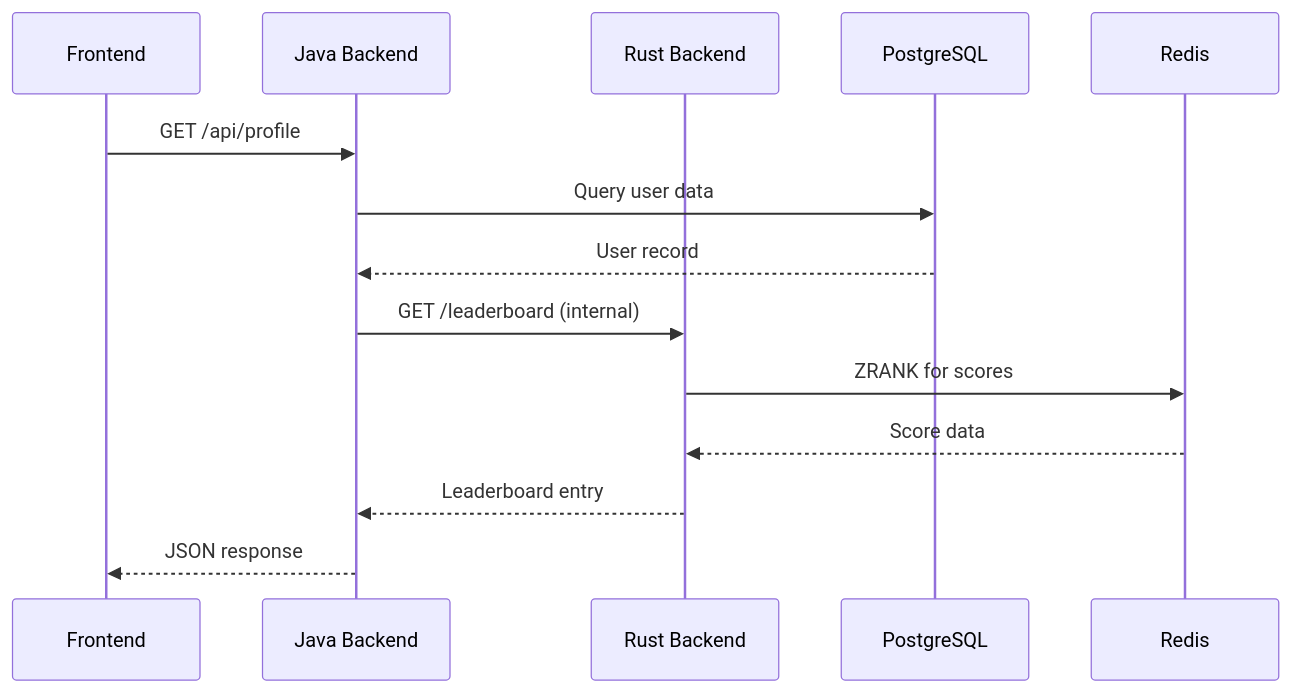
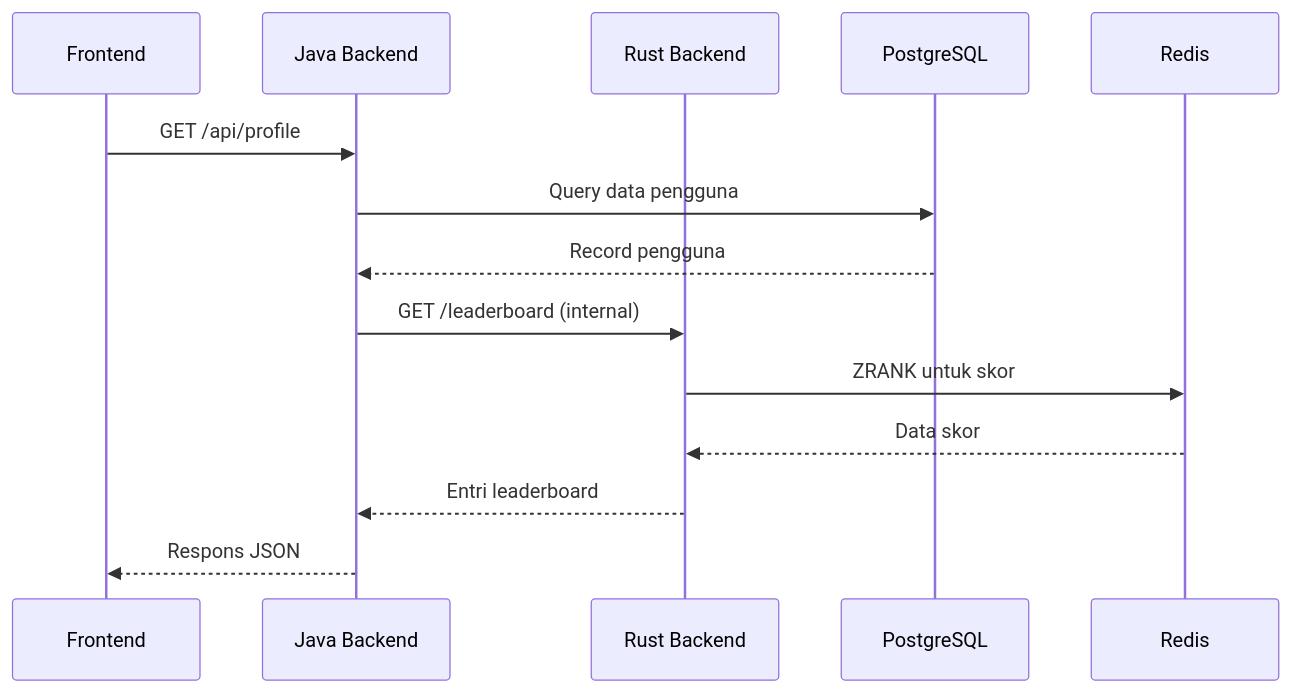
Before and after one commit to advprog-2026-A14-project/yomu-docs: the second of 3 diagrams in content/docs/design-decisions/index.mdx, drawn with Mermaid. The commit also changed other lines of this file and 30 other files, not shown here.

````diff
--- a/content/docs/design-decisions/index.mdx
+++ b/content/docs/design-decisions/index.mdx
@@ -57,17 +57,17 @@
 ```mermaid
 sequenceDiagram
     participant FE as Frontend
     participant Java as Java Backend
     participant Rust as Rust Backend
     participant DB as PostgreSQL
     participant Redis
 
     FE->>Java: GET /api/profile
-    Java->>DB: Query user data
-    DB-->>Java: User record
+    Java->>DB: Query data pengguna
+    DB-->>Java: Record pengguna
     Java->>Rust: GET /leaderboard (internal)
-    Rust->>Redis: ZRANK for scores
-    Redis-->>Rust: Score data
-    Rust-->>Java: Leaderboard entry
-    Java-->>FE: JSON response
+    Rust->>Redis: ZRANK untuk skor
+    Redis-->>Rust: Data skor
+    Rust-->>Java: Entri leaderboard
+    Java-->>FE: Respons JSON
 ```
````
